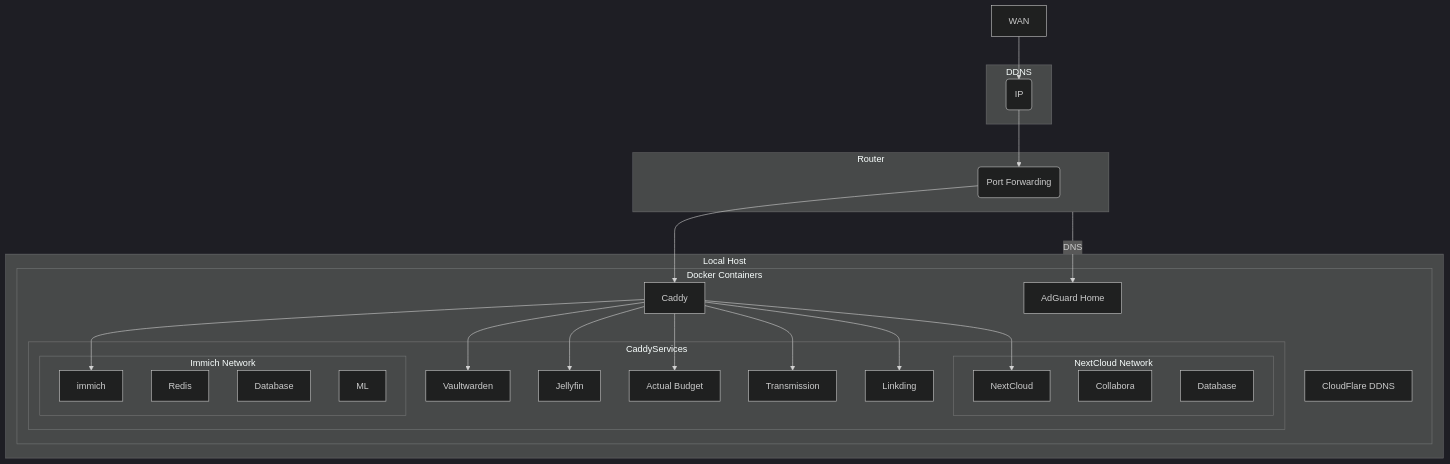
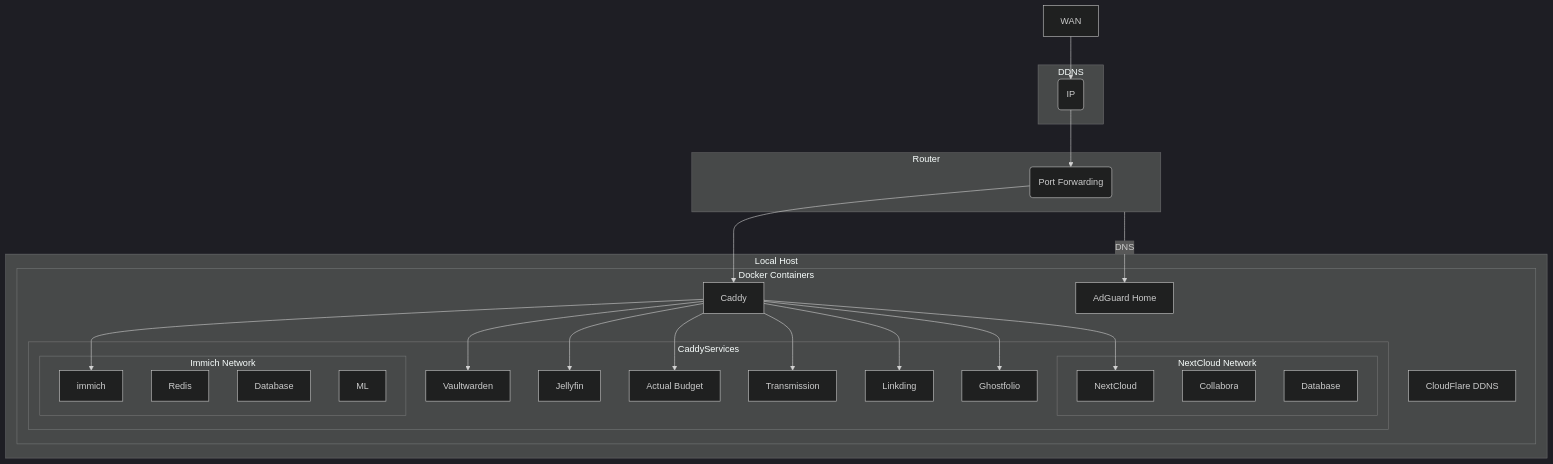
The diagram in README.md (p-gentili/selfhosted-docker), drawn with Mermaid (dark theme) before and after one commit. The commit also changed 8 other files, not shown here.

````diff
--- a/README.md
+++ b/README.md
@@ -1,47 +1,49 @@
 ```mermaid
 graph TD
   subgraph DDNS
     ddns(IP)
   end
   subgraph Router
     portForwarding(Port Forwarding)
   end
 
   subgraph Local Host
     subgraph Docker Containers
       caddy[Caddy]
       adguard-home[AdGuard Home]
       cloudflare-ddns[CloudFlare DDNS]
       subgraph CaddyServices
         vaultwarden[Vaultwarden]
         jellyfin[Jellyfin]
         actual[Actual Budget]
         transmission[Transmission]
         linkding[Linkding]
+        ghostfolio[Ghostfolio]
         subgraph NextCloud Network
             nextcloud[NextCloud]
             nextcloud-code[Collabora]
             nextcloud-db[Database]
         end
         subgraph Immich Network
             immich[immich]
             immich-redis[Redis]
             immich-db[Database]
             immich-ml[ML]
         end
       end
     end
   end
 
   WAN --> ddns
   ddns --> portForwarding
   portForwarding --> caddy
   Router --DNS--> adguard-home
   caddy --> vaultwarden
   caddy --> jellyfin
   caddy --> nextcloud
   caddy --> actual
   caddy --> immich
   caddy --> transmission
   caddy --> linkding
+  caddy --> ghostfolio
 ```
````
